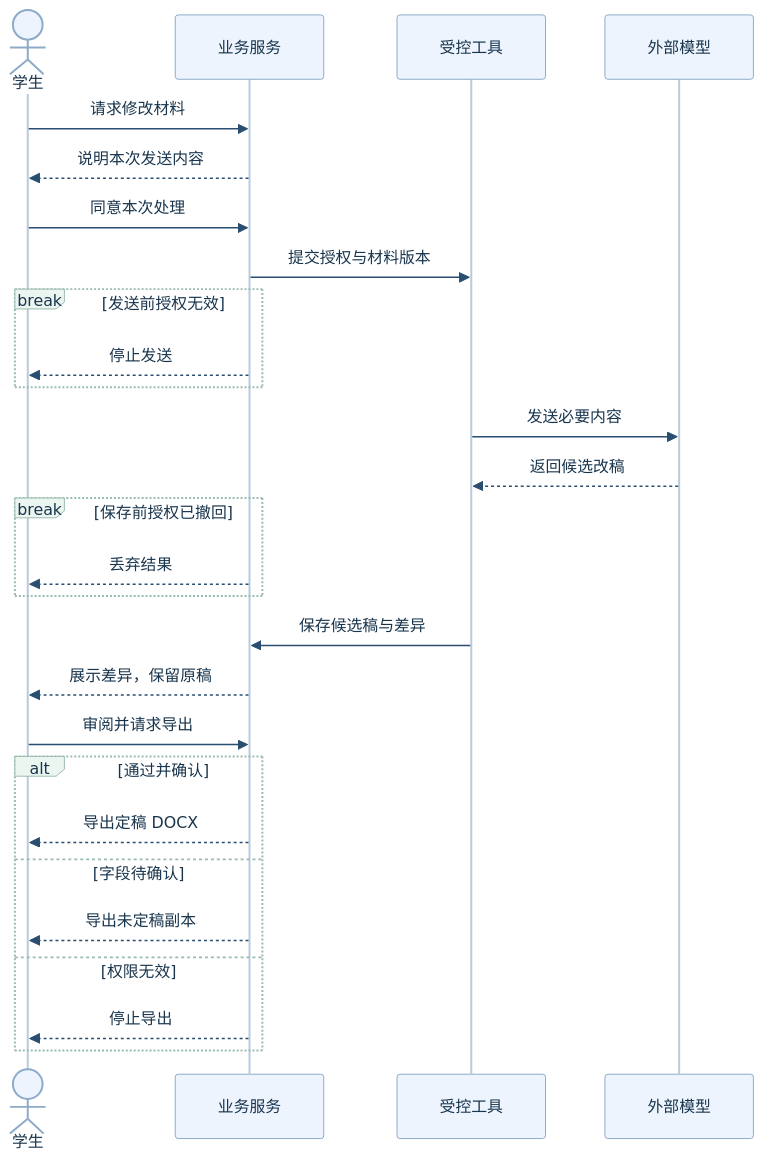
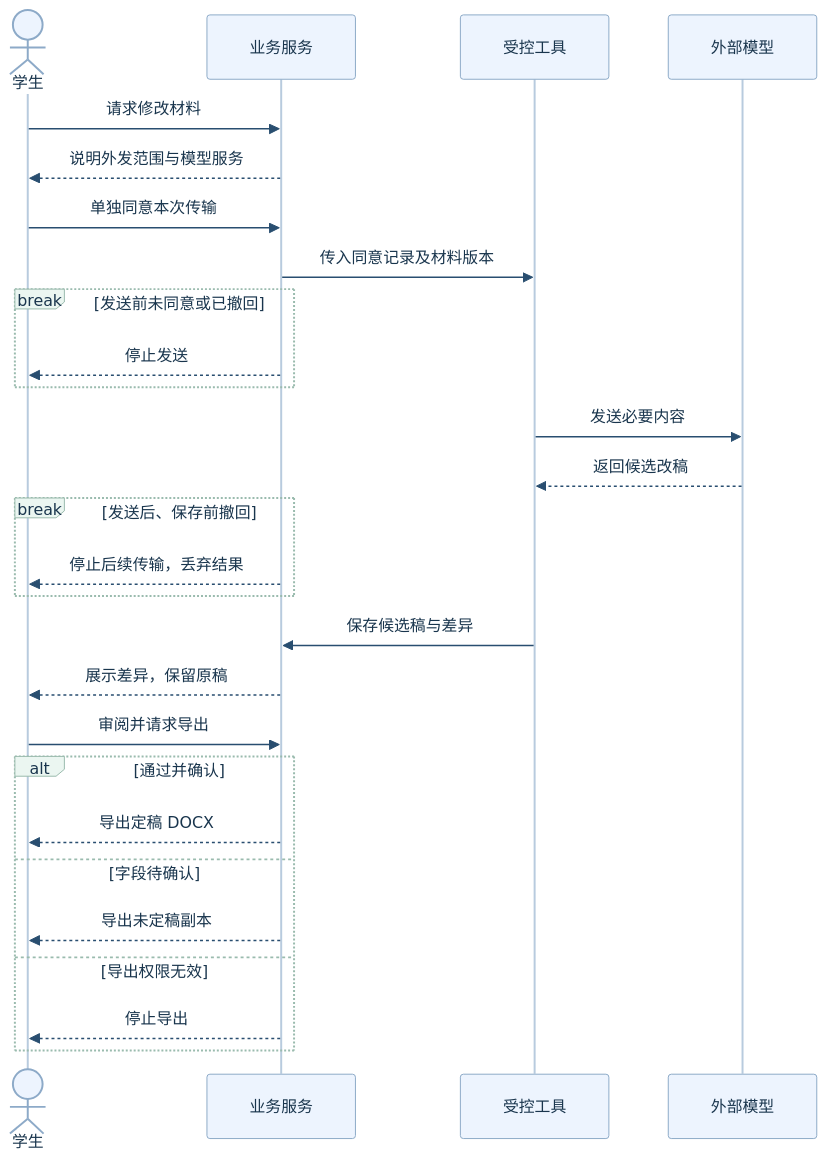
One commit to LotteryCamp/OfferPilot changed the diagram in docs/agent/diagrams/04_材料改写时序.mmd. Above: the diagram before and after it, drawn with Mermaid. The commit also changed 8 other files, not shown here.

```diff
--- a/docs/agent/diagrams/04_材料改写时序.mmd
+++ b/docs/agent/diagrams/04_材料改写时序.mmd
@@ -1,66 +1,66 @@
 ---
 config:
   theme: base
   themeCSS: 'text.messageText { paint-order: stroke; stroke: white; stroke-width: 5px; stroke-linejoin: round; }'
   themeVariables:
     fontFamily: "Microsoft YaHei, sans-serif"
     fontSize: "21px"
     primaryColor: "#EDF4FE"
     primaryBorderColor: "#83A0C1"
     primaryTextColor: "#19354D"
     secondaryColor: "#EBF6F1"
     tertiaryColor: "#F5F8FC"
     lineColor: "#55708D"
     edgeLabelBackground: "#FFFFFF"
     clusterBkg: "#F4F8FC"
     clusterBorder: "#B3C8DC"
     actorBkg: "#EDF4FE"
     actorBorder: "#8DAAC8"
     actorTextColor: "#19354D"
     actorLineColor: "#B8CBDE"
     signalColor: "#294E70"
     signalTextColor: "#19354D"
     labelBoxBkgColor: "#EBF6F1"
     labelBoxBorderColor: "#9ABBAE"
     loopTextColor: "#19354D"
     actorFontSize: "20px"
     messageFontSize: "19px"
     sequenceNumberColor: "#FFFFFF"
   flowchart:
     curve: linear
     wrappingWidth: 300
     nodeSpacing: 45
     rankSpacing: 52
   sequence:
     mirrorActors: true
     actorMargin: 60
     messageMargin: 25
     boxMargin: 12
 ---
 sequenceDiagram
     actor U as 学生
     participant B as 业务服务
     participant T as 受控工具
     participant M as 外部模型
     U->>B: 请求修改材料
-    B-->>U: 说明本次发送内容
-    U->>B: 同意本次处理
-    B->>T: 提交授权与材料版本
-    break 发送前授权无效
+    B-->>U: 说明外发范围与模型服务
+    U->>B: 单独同意本次传输
+    B->>T: 传入同意记录及材料版本
+    break 发送前未同意或已撤回
         B-->>U: 停止发送
     end
     T->>M: 发送必要内容
     M-->>T: 返回候选改稿
-    break 保存前授权已撤回
-        B-->>U: 丢弃结果
+    break 发送后、保存前撤回
+        B-->>U: 停止后续传输，丢弃结果
     end
     T->>B: 保存候选稿与差异
     B-->>U: 展示差异，保留原稿
     U->>B: 审阅并请求导出
     alt 通过并确认
         B-->>U: 导出定稿 DOCX
     else 字段待确认
         B-->>U: 导出未定稿副本
-    else 权限无效
+    else 导出权限无效
         B-->>U: 停止导出
     end
```
